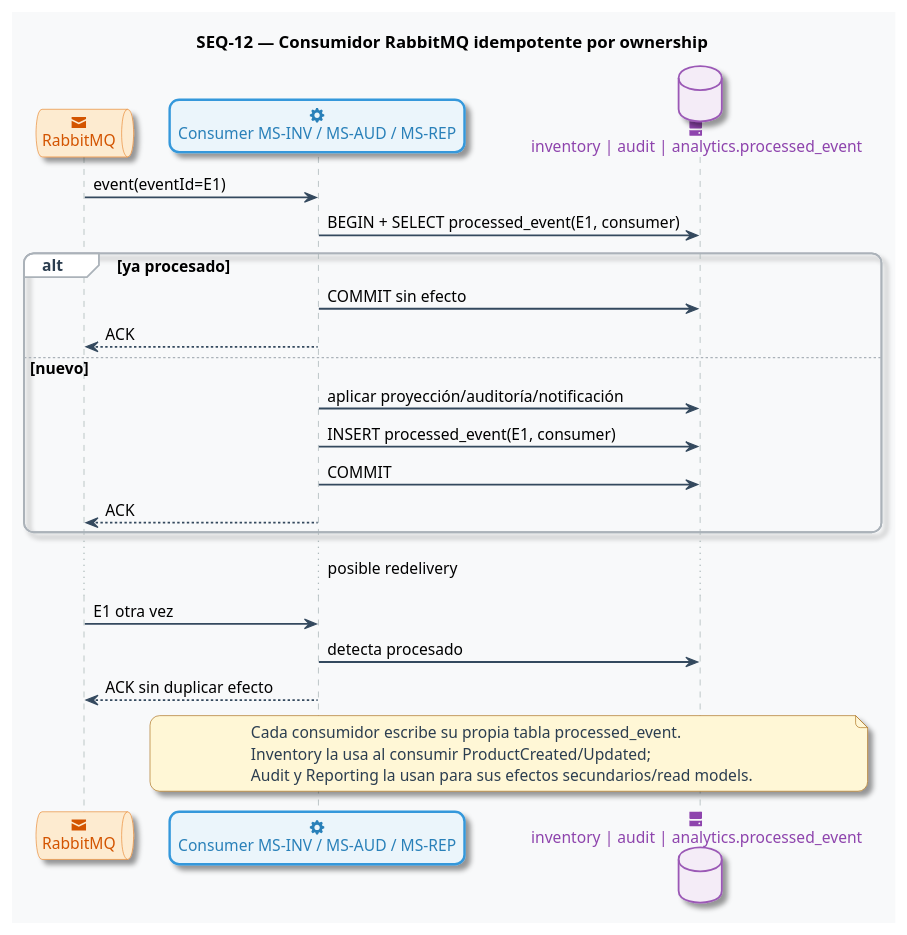
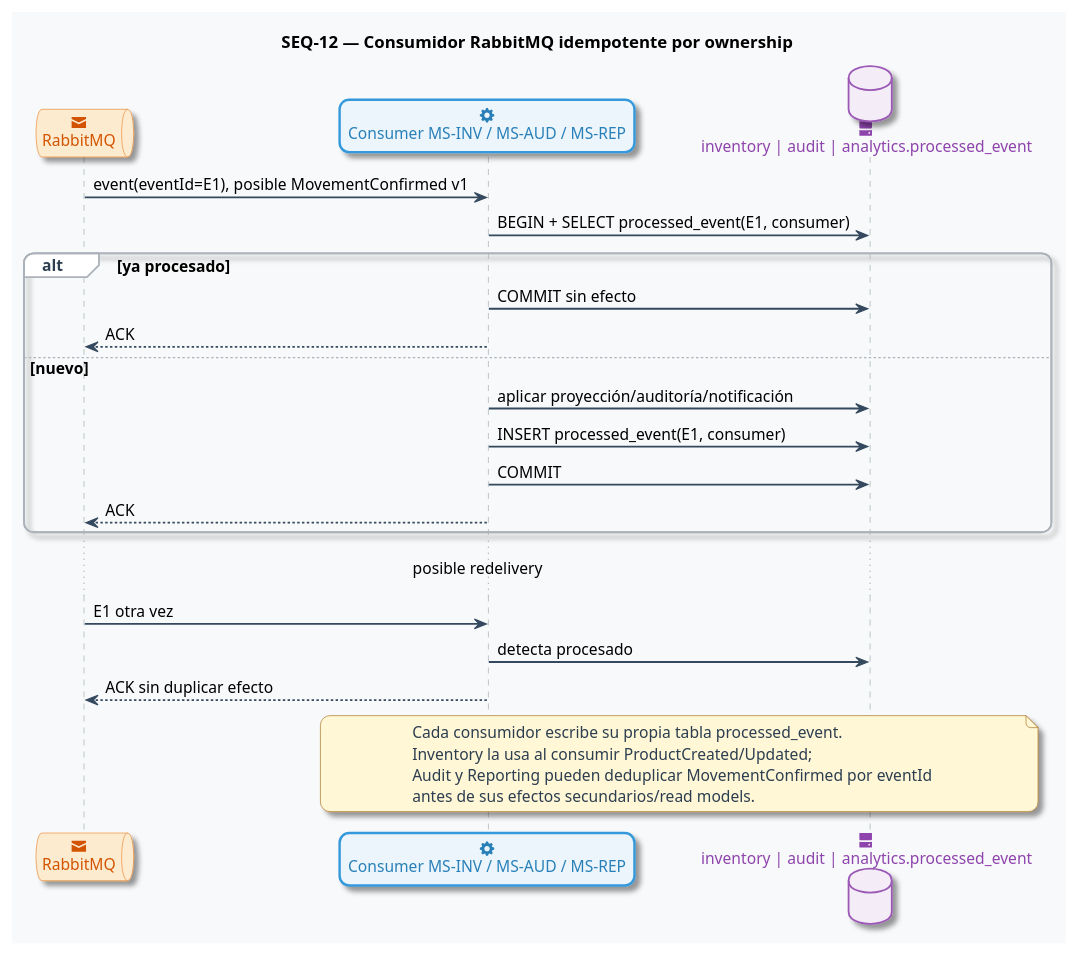
Before and after one commit to Emma3TC-main/siga-documentation: the diagram in SIGA_Documentacion_Tecnica_Final_v1.2/diagramas/secuencia/SEQ_12_Consumer_Idempotente.puml, drawn with PlantUML. The commit also changed 40 other files, not shown here.

```diff
--- a/SIGA_Documentacion_Tecnica_Final_v1.2/diagramas/secuencia/SEQ_12_Consumer_Idempotente.puml
+++ b/SIGA_Documentacion_Tecnica_Final_v1.2/diagramas/secuencia/SEQ_12_Consumer_Idempotente.puml
@@ -1,82 +1,83 @@
 @startuml
 title SEQ-12 — Consumidor RabbitMQ idempotente por ownership
 
 ' --- Configuración visual (Skinparams) Mejorada ---
 skinparam shadowing true
 skinparam roundcorner 16
 skinparam defaultFontName "Segoe UI", Helvetica, Arial, sans-serif
 skinparam defaultFontSize 13
 skinparam BackgroundColor #F8F9FA
 
 ' Ocultar las etiquetas de los estereotipos para mantener un diseño limpio
 hide stereotype
 
 ' --- Estilos base para Secuencia ---
 skinparam sequence {
   ArrowColor #34495E
   ArrowThickness 1.5
   LifeLineBorderColor #95A5A6
   LifeLineBackgroundColor #ECF0F1
   
   ParticipantBorderThickness 2
   ParticipantPadding 20
   
   ' Estilos de Grupos (alt/else)
   GroupHeaderFontColor #2C3E50
   GroupHeaderBackgroundColor #EAECEE
   GroupBorderColor #ABB2B9
   GroupBorderThickness 1.5
   GroupBackgroundColor #FFFFFF
 }
 
 ' --- Paleta de Colores Diferenciada por Componente ---
 skinparam participant {
   BackgroundColor<<Microservice>> #EBF5FB
   BorderColor<<Microservice>> #3498DB
   FontColor<<Microservice>> #2980B9
 }
 skinparam database {
   BackgroundColor<<RDBMS>> #F4ECF7
   BorderColor<<RDBMS>> #9B59B6
   FontColor<<RDBMS>> #8E44AD
 }
 skinparam queue {
   BackgroundColor<<Queue>> #FDEBD0
   BorderColor<<Queue>> #E67E22
   FontColor<<Queue>> #D35400
 }
 skinparam note {
   BackgroundColor #FFF7D6
   BorderColor #A16207
   FontColor #2C3E50
 }
 
 ' --- Declaración de Participantes con Iconos y Estereotipos ---
 queue "<size:18><&envelope-closed></size>\nRabbitMQ" as RabbitMQ <<Queue>>
 participant "<size:18><&cog></size>\nConsumer MS-INV / MS-AUD / MS-REP" as C <<Microservice>>
 database "<size:18><&hard-drive></size>\ninventory | audit | analytics.processed_event" as DB <<RDBMS>>
 
 ' --- Lógica y Contenido Original ---
-RabbitMQ -> C : event(eventId=E1)
+RabbitMQ -> C : event(eventId=E1), posible MovementConfirmed v1
 C -> DB : BEGIN + SELECT processed_event(E1, consumer)
 alt ya procesado
  C -> DB : COMMIT sin efecto
  C --> RabbitMQ : ACK
 else nuevo
  C -> DB : aplicar proyección/auditoría/notificación
  C -> DB : INSERT processed_event(E1, consumer)
  C -> DB : COMMIT
  C --> RabbitMQ : ACK
 end
 ... posible redelivery ...
 RabbitMQ -> C : E1 otra vez
 C -> DB : detecta procesado
 C --> RabbitMQ : ACK sin duplicar efecto
 
 ' Corrección: Anclamos la nota a los participantes para evitar el bug de "note bottom" y mantenerlo compacto
 note over C, DB
 Cada consumidor escribe su propia tabla processed_event.
 Inventory la usa al consumir ProductCreated/Updated;
-Audit y Reporting la usan para sus efectos secundarios/read models.
+Audit y Reporting pueden deduplicar MovementConfirmed por eventId
+antes de sus efectos secundarios/read models.
 end note
 @enduml
```
